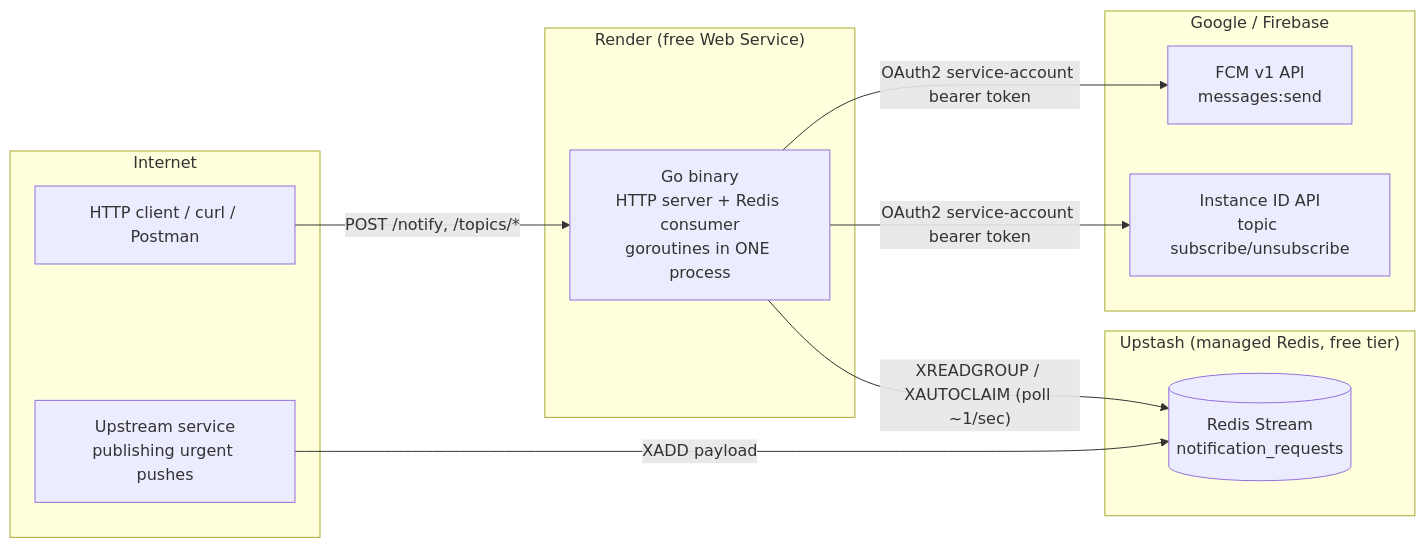
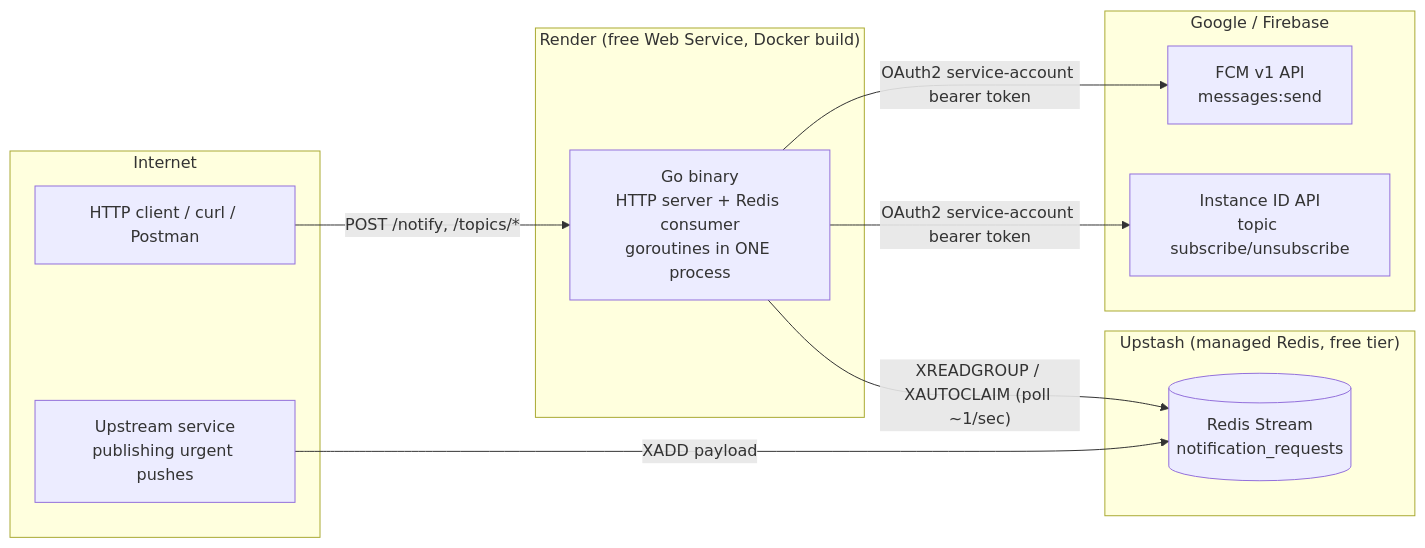
One commit to pragyanshnigam-swastika/Push-Notification-POC changed the diagram in docs/poc-deployment-explained.md. Above: the diagram before and after it, drawn with Mermaid. The commit also changed other lines of this file and 4 other files, not shown here.

````diff
--- a/docs/poc-deployment-explained.md
+++ b/docs/poc-deployment-explained.md
@@ -44,26 +44,26 @@
 ```mermaid
 flowchart LR
     subgraph Internet
         Client[HTTP client / curl / Postman]
         Upstream[Upstream service<br/>publishing urgent pushes]
     end
 
-    subgraph Render["Render (free Web Service)"]
+    subgraph Render["Render (free Web Service, Docker build)"]
         App[Go binary<br/>HTTP server + Redis consumer<br/>goroutines in ONE process]
     end
 
     subgraph Upstash["Upstash (managed Redis, free tier)"]
         Stream[(Redis Stream<br/>notification_requests)]
     end
 
     subgraph Google["Google / Firebase"]
         FCM[FCM v1 API<br/>messages:send]
         IID[Instance ID API<br/>topic subscribe/unsubscribe]
     end
 
     Client -- "POST /notify, /topics/*" --> App
     Upstream -- "XADD payload" --> Stream
     App -- "XREADGROUP / XAUTOCLAIM (poll ~1/sec)" --> Stream
     App -- "OAuth2 service-account bearer token" --> FCM
     App -- "OAuth2 service-account bearer token" --> IID
 ```
````
